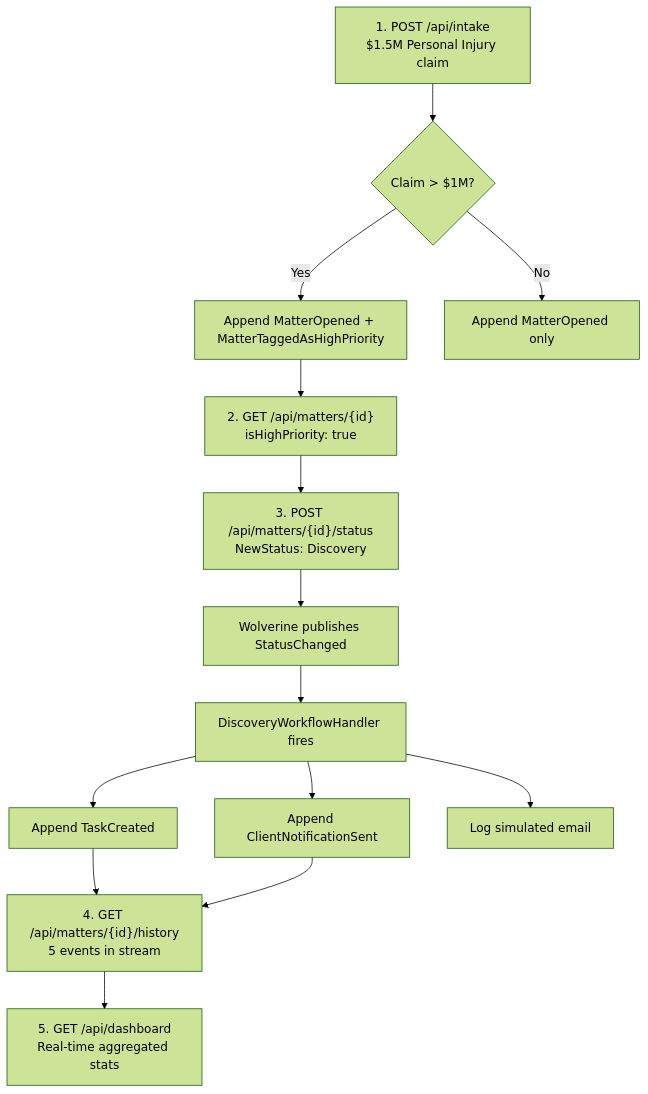
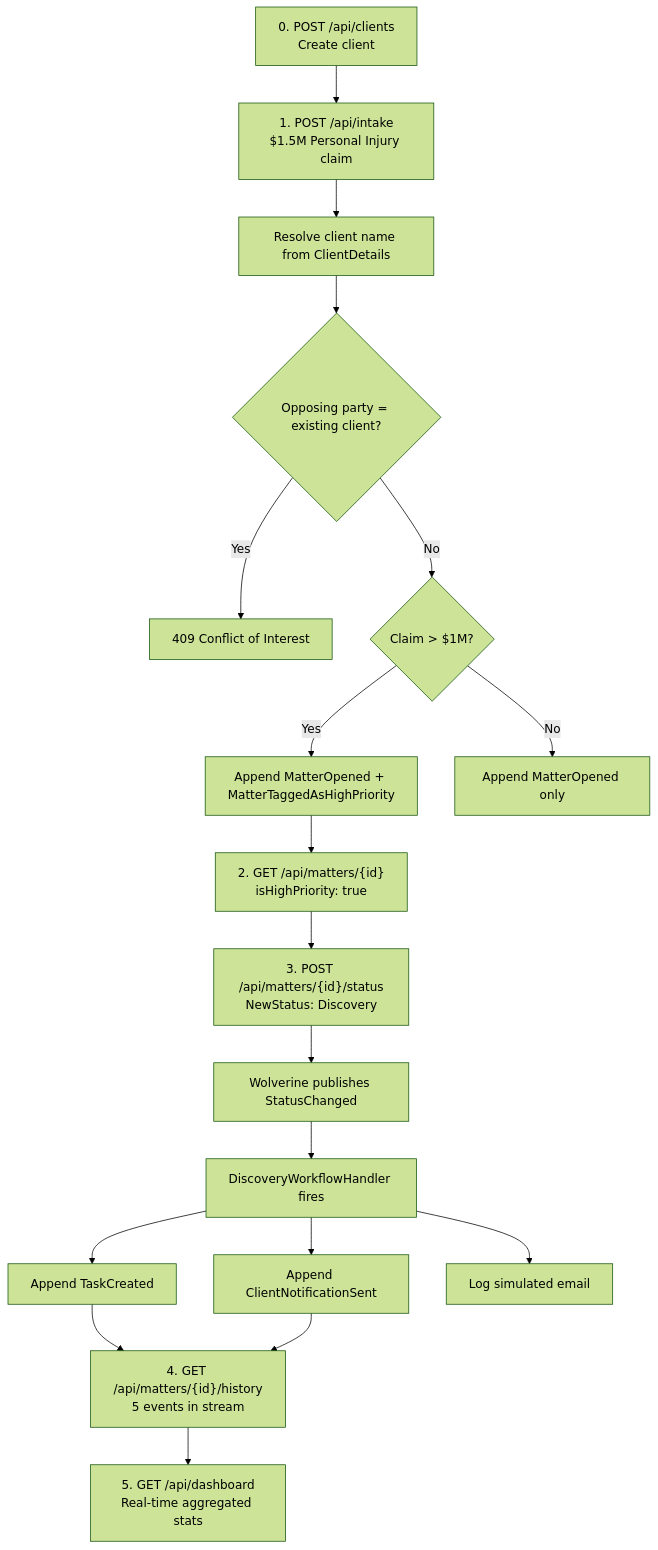
The eighth of 8 diagrams in README.md (cloudreyes/CritterLawManagement), drawn with Mermaid (forest theme) before and after one commit. The commit also changed other lines of this file and 18 other files, not shown here.

First line of the commit message:
Add Client entity with management page and Intake dropdown

````diff
--- a/README.md
+++ b/README.md
@@ -613,16 +688,20 @@
 ```mermaid
 graph TD
-    A["1. POST /api/intake<br/>$1.5M Personal Injury claim"] --> B{"Claim > $1M?"}
+    Z["0. POST /api/clients<br/>Create client"] --> A
+    A["1. POST /api/intake<br/>$1.5M Personal Injury claim"] --> A1["Resolve client name from ClientDetails"]
+    A1 --> A2{"Opposing party = existing client?"}
+    A2 -->|Yes| A3["409 Conflict of Interest"]
+    A2 -->|No| B{"Claim > $1M?"}
     B -->|Yes| C["Append MatterOpened + MatterTaggedAsHighPriority"]
     B -->|No| D["Append MatterOpened only"]
     C --> E["2. GET /api/matters/{id}<br/>isHighPriority: true"]
     E --> F["3. POST /api/matters/{id}/status<br/>NewStatus: Discovery"]
     F --> G["Wolverine publishes StatusChanged"]
     G --> H["DiscoveryWorkflowHandler fires"]
     H --> I["Append TaskCreated"]
     H --> J["Append ClientNotificationSent"]
     H --> K["Log simulated email"]
     I --> L["4. GET /api/matters/{id}/history<br/>5 events in stream"]
     J --> L
     L --> M["5. GET /api/dashboard<br/>Real-time aggregated stats"]
 ```
````
